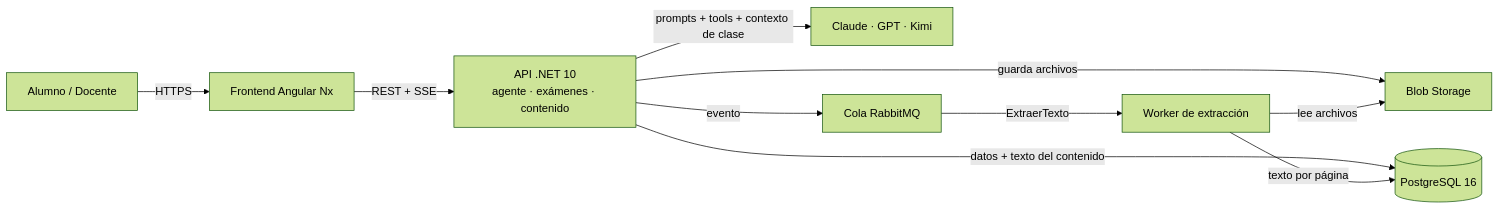
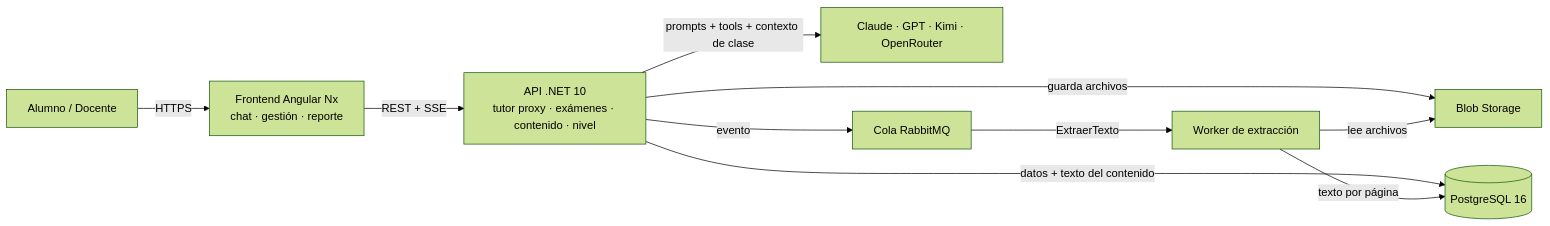
One commit to dreawm/IA_AGENT_FINANZAS changed the first of 3 diagrams in specs/SDD-Plataforma-Evaluacion-PreClase.md. Above: the diagram before and after it, drawn with Mermaid (forest theme). The commit also changed other lines of this file and 112 other files, not shown here.

````diff
--- a/specs/SDD-Plataforma-Evaluacion-PreClase.md
+++ b/specs/SDD-Plataforma-Evaluacion-PreClase.md
@@ -78,12 +105,12 @@
 ```mermaid
 flowchart LR
-    U[Alumno / Docente] -- HTTPS --> F[Frontend Angular Nx]
-    F -- REST + SSE --> API["API .NET 10<br/>agente · exámenes · contenido"]
-    API -- "prompts + tools + contexto de clase" --> LLM["Claude · GPT · Kimi"]
+    U[Alumno / Docente] -- HTTPS --> F["Frontend Angular Nx<br/>chat · gestión · reporte"]
+    F -- REST + SSE --> API["API .NET 10<br/>tutor proxy · exámenes · contenido · nivel"]
+    API -- "prompts + tools + contexto de clase" --> LLM["Claude · GPT · Kimi · OpenRouter"]
     API -- evento --> Q[Cola RabbitMQ]
     API -- guarda archivos --> B[Blob Storage]
     API -- datos + texto del contenido --> DB[(PostgreSQL 16)]
     Q -- ExtraerTexto --> W[Worker de extracción]
     W -- lee archivos --> B
     W -- texto por página --> DB
 ```
````
